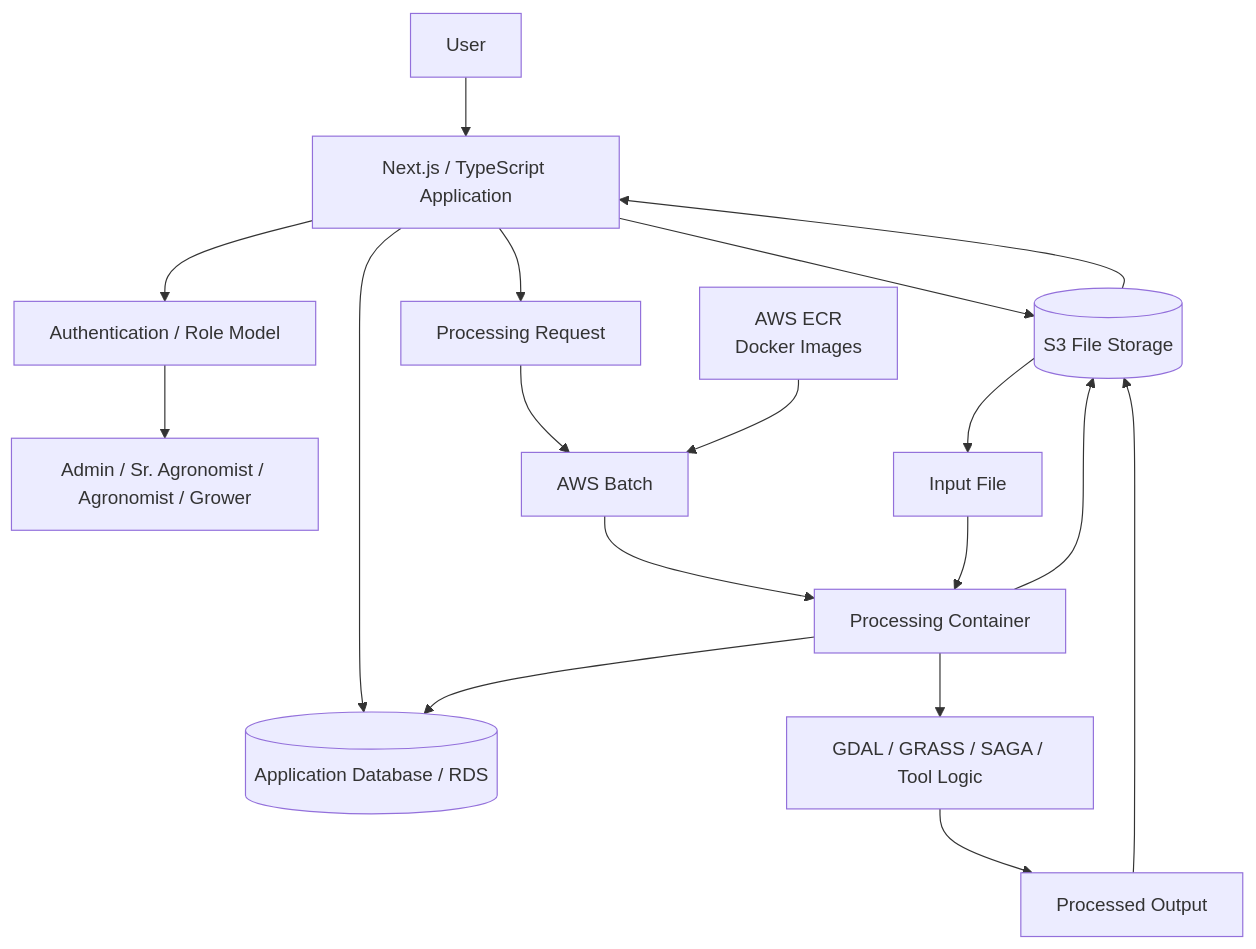
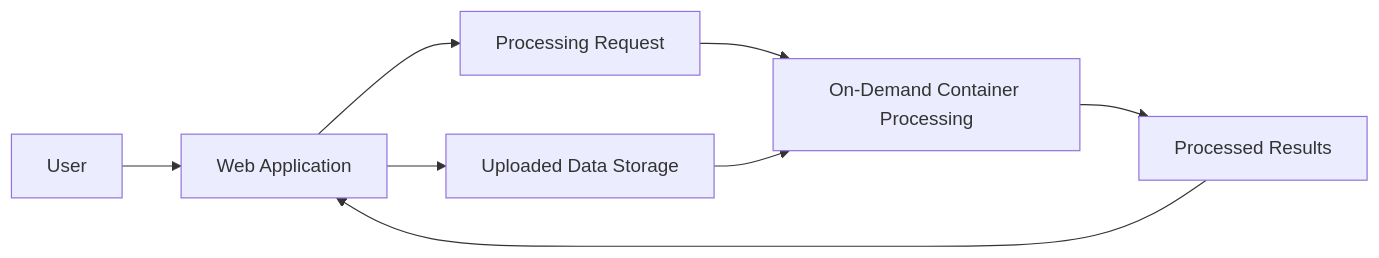
One commit to shaiqur/shaiqur changed the diagram in projects/soilserdem.md. Above: the diagram before and after it, drawn with Mermaid. The commit also changed other lines of this file, not shown here.

````diff
--- a/projects/soilserdem.md
+++ b/projects/soilserdem.md
@@ -642,32 +642,16 @@
 ```mermaid
-flowchart TD
+flowchart LR
+    U[User] --> A[Web Application]
 
-    U[User] --> WEB[Next.js / TypeScript Application]
+    A --> S[Uploaded Data Storage]
 
-    WEB --> AUTH[Authentication / Role Model]
-    AUTH --> RBAC[Admin / Sr. Agronomist / Agronomist / Grower]
+    A --> J[Processing Request]
 
-    WEB --> DB[(Application Database / RDS)]
-    WEB --> S3[(S3 File Storage)]
+    J --> C[On-Demand Container Processing]
 
-    WEB --> JOB[Processing Request]
+    S --> C
 
-    JOB --> BATCH[AWS Batch]
+    C --> R[Processed Results]
 
-    ECR[AWS ECR<br/>Docker Images] --> BATCH
-
-    BATCH --> WORKER[Processing Container]
-
-    WORKER --> DB
-    WORKER --> S3
-
-    S3 --> INPUT[Input File]
-    INPUT --> WORKER
-
-    WORKER --> TOOL[GDAL / GRASS / SAGA / Tool Logic]
-
-    TOOL --> OUTPUT[Processed Output]
-    OUTPUT --> S3
-
-    S3 --> WEB
+    R --> A
 ```
````
